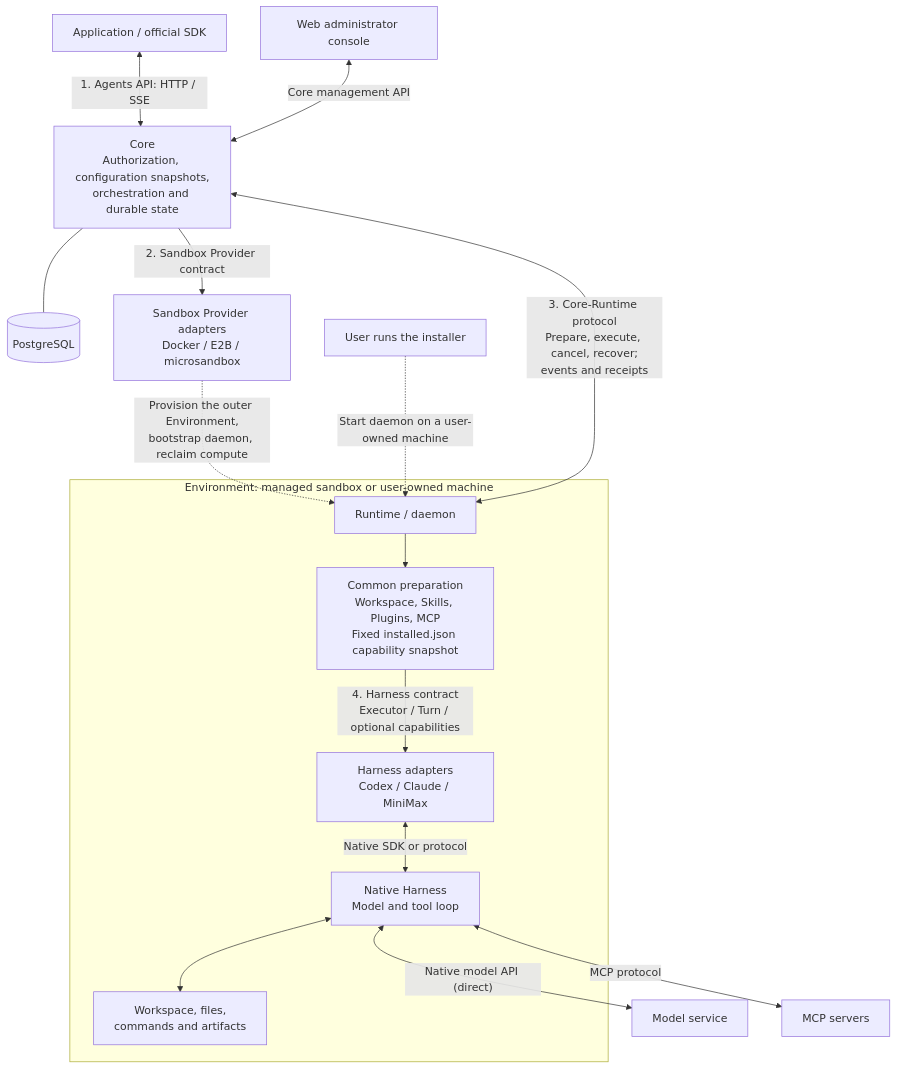
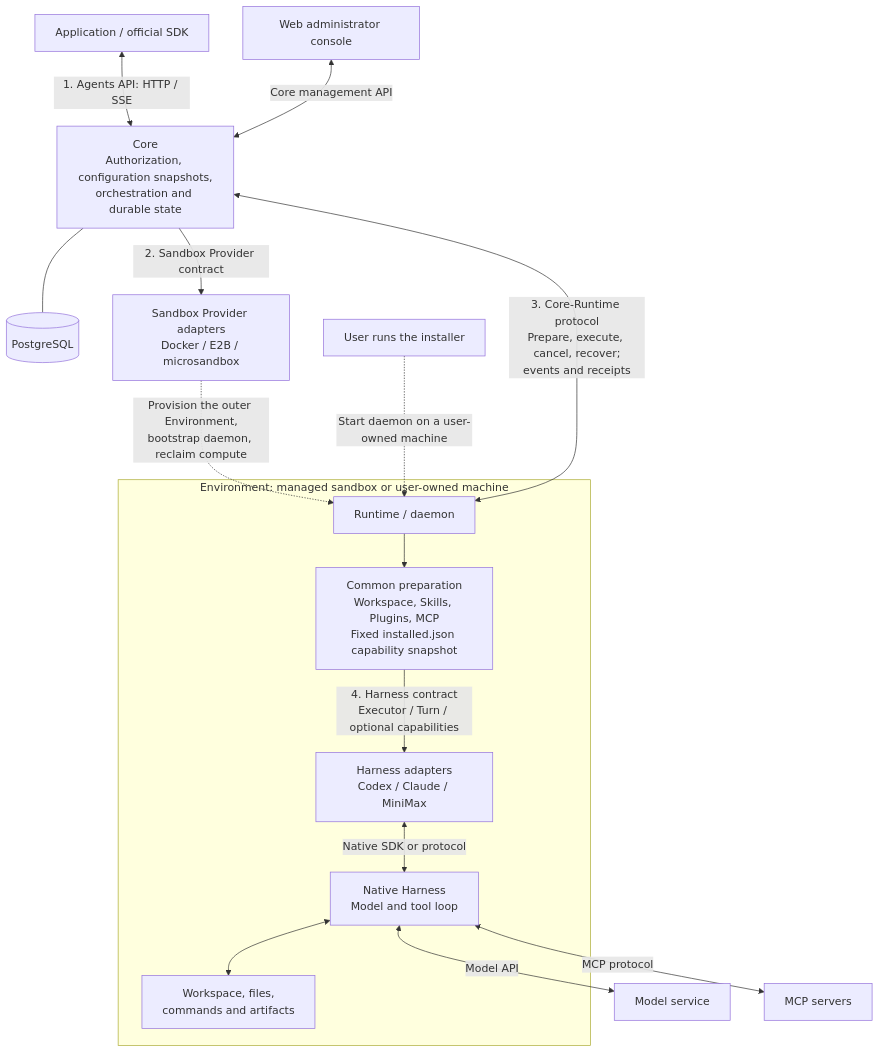
Before and after one commit to MiniMax-AI/OpenAgentCore: the diagram in docs/architecture.md, drawn with Mermaid. The commit also changed other lines of this file, not shown here.

Commit message:
docs: keep model API labels concise

````diff
--- a/docs/architecture.md
+++ b/docs/architecture.md
@@ -15,27 +15,27 @@
 ```mermaid
 flowchart TB
     App["Application / official SDK"] <-->|"1. Agents API: HTTP / SSE"| Core
     Web["Web administrator console"] <-->|"Core management API"| Core
     Core["Core<br/>Authorization, configuration snapshots,<br/>orchestration and durable state"]
     Core --- DB[("PostgreSQL")]
 
     Core -->|"2. Sandbox Provider contract"| SP["Sandbox Provider adapters<br/>Docker / E2B / microsandbox"]
     SP -.->|"Provision the outer Environment,<br/>bootstrap daemon, reclaim compute"| R
     User["User runs the installer"] -.->|"Start daemon on a user-owned machine"| R
     Core <-->|"3. Core-Runtime protocol<br/>Prepare, execute, cancel, recover;<br/>events and receipts"| R
 
     subgraph Env["Environment: managed sandbox or user-owned machine"]
         R["Runtime / daemon"]
         P["Common preparation<br/>Workspace, Skills, Plugins, MCP<br/>Fixed installed.json capability snapshot"]
         A["Harness adapters<br/>Codex / Claude / MiniMax"]
         H["Native Harness<br/>Model and tool loop"]
         F["Workspace, files,<br/>commands and artifacts"]
         R --> P
         P -->|"4. Harness contract<br/>Executor / Turn / optional capabilities"| A
         A <-->|"Native SDK or protocol"| H
         H <--> F
     end
 
-    H <-->|"Native model API (direct)"| Model["Model service"]
+    H <-->|"Model API"| Model["Model service"]
     H <-->|"MCP protocol"| MCP["MCP servers"]
 ```
````
